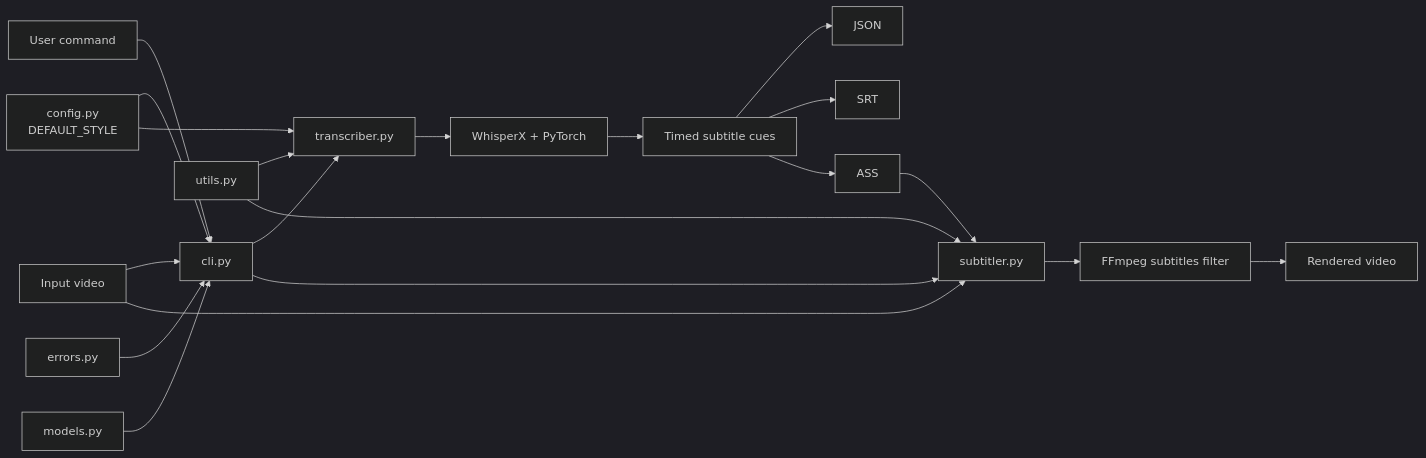
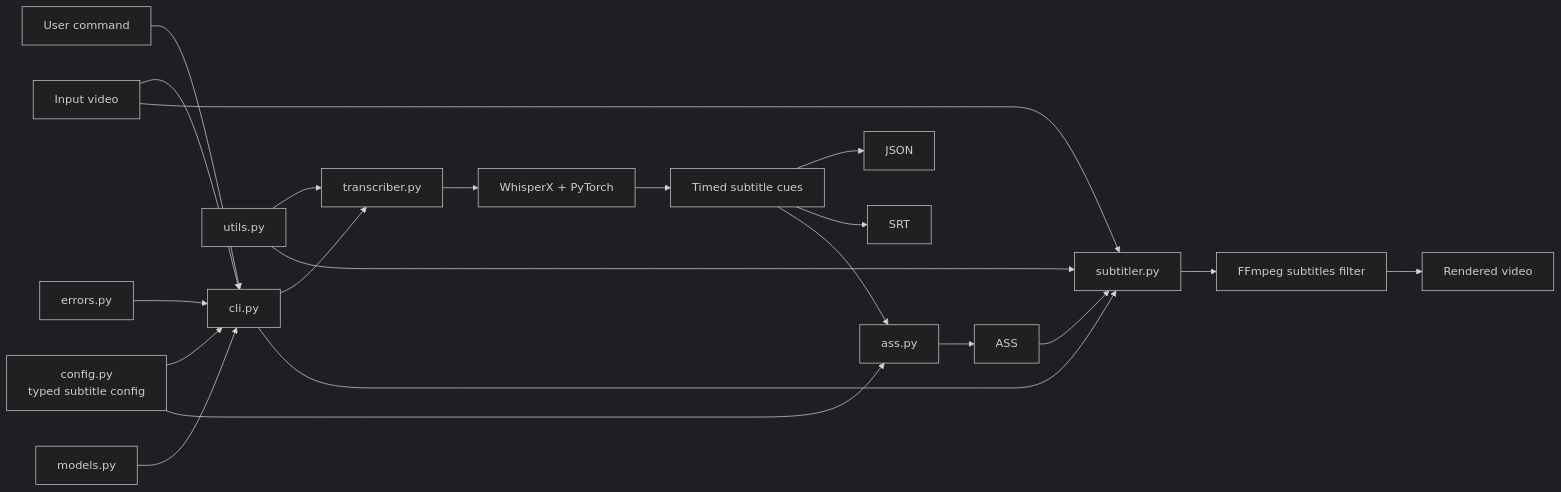
Before and after one commit to denilson-santos/multisubs: the diagram in docs/architecture.md, drawn with Mermaid (dark theme). The commit also changed other lines of this file and 5 other files, not shown here.

```diff
--- a/docs/architecture.md
+++ b/docs/architecture.md
@@ -10,22 +10,23 @@
 ~~~mermaid
 flowchart LR
     user[User command] --> cli[cli.py]
     input[Input video] --> cli
-    config[config.py<br/>DEFAULT_STYLE] --> cli
+    config[config.py<br/>typed subtitle config] --> cli
     cli --> transcriber[transcriber.py]
     transcriber --> whisper[WhisperX + PyTorch]
     whisper --> cues[Timed subtitle cues]
     cues --> json[JSON]
     cues --> srt[SRT]
-    cues --> ass[ASS]
-    config --> transcriber
+    cues --> asswriter[ass.py]
+    asswriter --> ass[ASS]
+    config --> asswriter
     cli --> subtitler[subtitler.py]
     input --> subtitler
     ass --> subtitler
     subtitler --> ffmpeg[FFmpeg subtitles filter]
     ffmpeg --> video[Rendered video]
     utils[utils.py] --> transcriber
     utils --> subtitler
     errors[errors.py] --> cli
     models[models.py] --> cli
 ~~~
```
